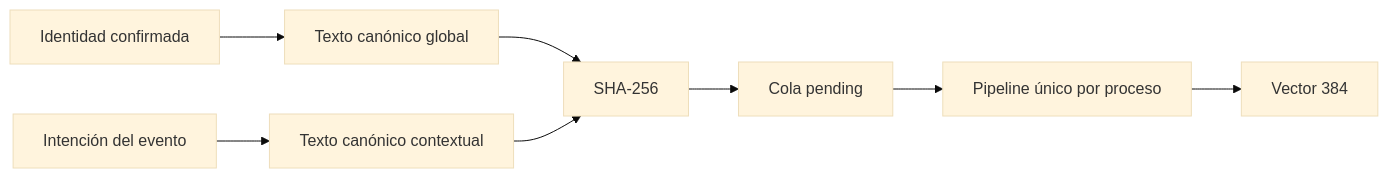
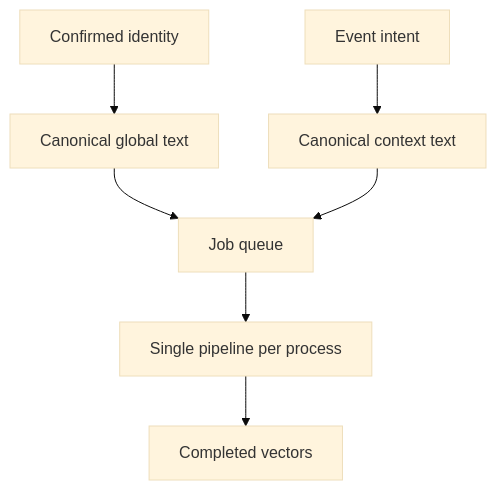
Before and after one commit to pablojhdcoder/IntroMesh: the diagram in EMBEDDING_ARCHITECTURE.md, drawn with Mermaid (base theme). The commit also changed other lines of this file and 44 other files, not shown here.

````diff
--- a/EMBEDDING_ARCHITECTURE.md
+++ b/EMBEDDING_ARCHITECTURE.md
@@ -7,10 +5,9 @@
 ```mermaid
-flowchart LR
-  confirmed[Identidad confirmada] --> globalText[Texto canónico global]
-  intent[Intención del evento] --> contextText[Texto canónico contextual]
-  globalText --> hash[SHA-256]
-  contextText --> hash
-  hash --> queue[Cola pending]
-  queue --> model[Pipeline único por proceso]
-  model --> store[Vector 384]
+flowchart TD
+  confirmed[Confirmed identity] --> globalText[Canonical global text]
+  intent[Event intent] --> contextText[Canonical context text]
+  globalText --> queue[Job queue]
+  contextText --> queue
+  queue --> model[Single pipeline per process]
+  model --> store[Completed vectors]
 ```
````
